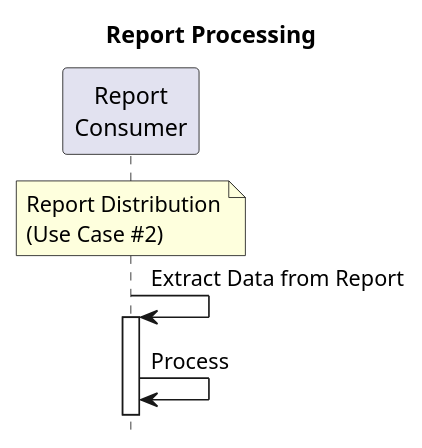
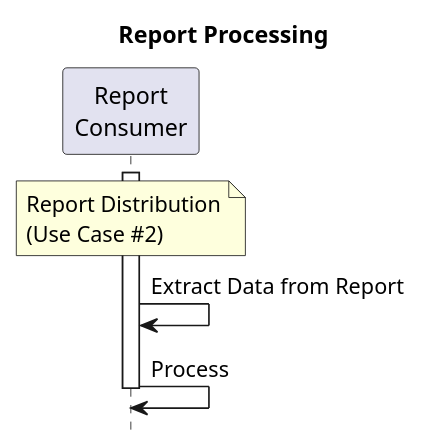
The diagram in input/images-source/usecase4-processflow.plantuml (IHE/RAD.IDR), drawn with PlantUML before and after one commit. The commit also changed 17 other files, not shown here.

```diff
--- a/input/images-source/usecase4-processflow.plantuml
+++ b/input/images-source/usecase4-processflow.plantuml
@@ -1,14 +1,16 @@
 @startuml
 skinparam svgDimensionStyle false
 hide footbox
 
 title Report Processing
 
 participant "Report\nConsumer" as RC
 
 note over RC: Report Distribution\n(Use Case #2)
 
-RC->RC ++: Extract Data from Report
+activate RC
+RC->RC: Extract Data from Report
 RC->RC: Process
+deactivate RC
 
 @enduml
```
